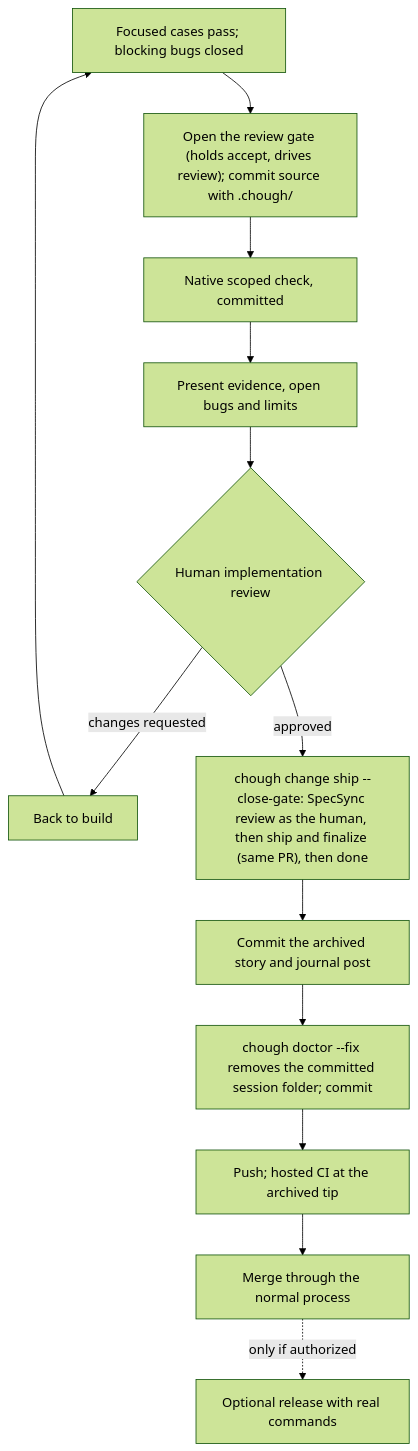
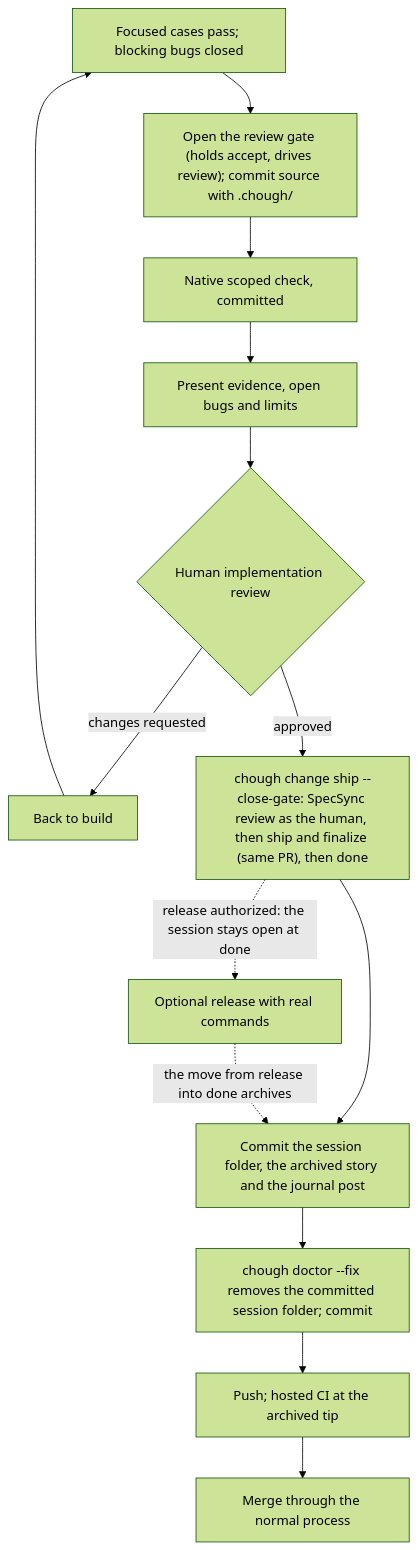
Before and after one commit to CorvidLabs/chough: the diagram in docs/diagrams/lifecycle.mmd, drawn with Mermaid (forest theme). The commit also changed 45 other files, not shown here.

```diff
--- a/docs/diagrams/lifecycle.mmd
+++ b/docs/diagrams/lifecycle.mmd
@@ -1,13 +1,14 @@
 flowchart TB
     tests["Focused cases pass; blocking bugs closed"] --> gate["Open the review gate (holds accept, drives review); commit source with .chough/"]
     gate --> check["Native scoped check, committed"]
     check --> present["Present evidence, open bugs and limits"]
     present --> human{"Human implementation review"}
     human -->|"changes requested"| build["Back to build"]
     build --> tests
     human -->|"approved"| ship["chough change ship --close-gate: SpecSync review as the human, then ship and finalize (same PR), then done"]
-    ship --> story["Commit the archived story and journal post"]
+    ship --> story["Commit the session folder, the archived story and the journal post"]
+    ship -. "release authorized: the session stays open at done" .-> release["Optional release with real commands"]
+    release -. "the move from release into done archives" .-> story
     story --> cleanup["chough doctor --fix removes the committed session folder; commit"]
     cleanup --> push["Push; hosted CI at the archived tip"]
     push --> merge["Merge through the normal process"]
-    merge -. "only if authorized" .-> release["Optional release with real commands"]
```
